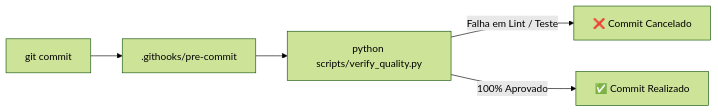
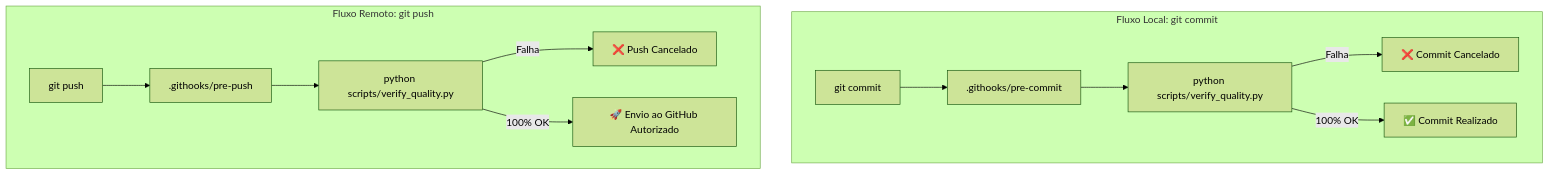
Before and after one commit to AldairAzevedo/energy-demand-forecast: the diagram in README.md, drawn with Mermaid (forest theme). The commit also changed other lines of this file and 2 other files, not shown here.

Commit message:
feat(quality): adiciona hook pre-push e atualiza fluxo de validacao no readme e memory

````diff
--- a/README.md
+++ b/README.md
@@ -134,7 +134,16 @@
 ```mermaid
-flowchart LR
-    COMMIT["git commit"] --> HOOK[".githooks/pre-commit"]
-    HOOK --> CHECK["python scripts/verify_quality.py"]
-    CHECK -->|Falha em Lint / Teste| BLOCK["❌ Commit Cancelado"]
-    CHECK -->|100% Aprovado| ALLOW["✅ Commit Realizado"]
+flowchart TD
+    subgraph CommitFlow ["Fluxo Local: git commit"]
+        COMMIT["git commit"] --> HOOK_C[".githooks/pre-commit"]
+        HOOK_C --> CHECK_C["python scripts/verify_quality.py"]
+        CHECK_C -->|Falha| BLOCK_C["❌ Commit Cancelado"]
+        CHECK_C -->|100% OK| ALLOW_C["✅ Commit Realizado"]
+    end
+
+    subgraph PushFlow ["Fluxo Remoto: git push"]
+        PUSH["git push"] --> HOOK_P[".githooks/pre-push"]
+        HOOK_P --> CHECK_P["python scripts/verify_quality.py"]
+        CHECK_P -->|Falha| BLOCK_P["❌ Push Cancelado"]
+        CHECK_P -->|100% OK| ALLOW_P["🚀 Envio ao GitHub Autorizado"]
+    end
 ```
````
